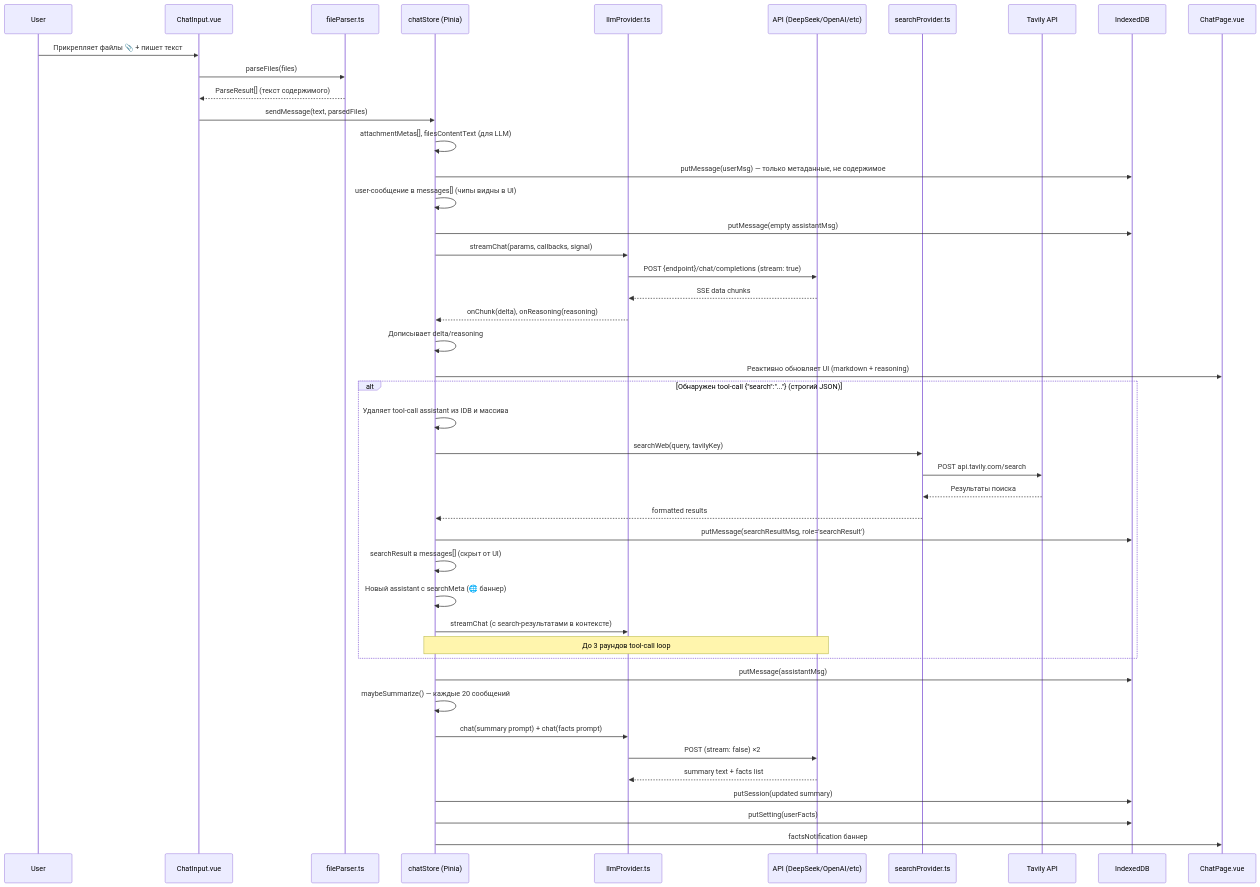
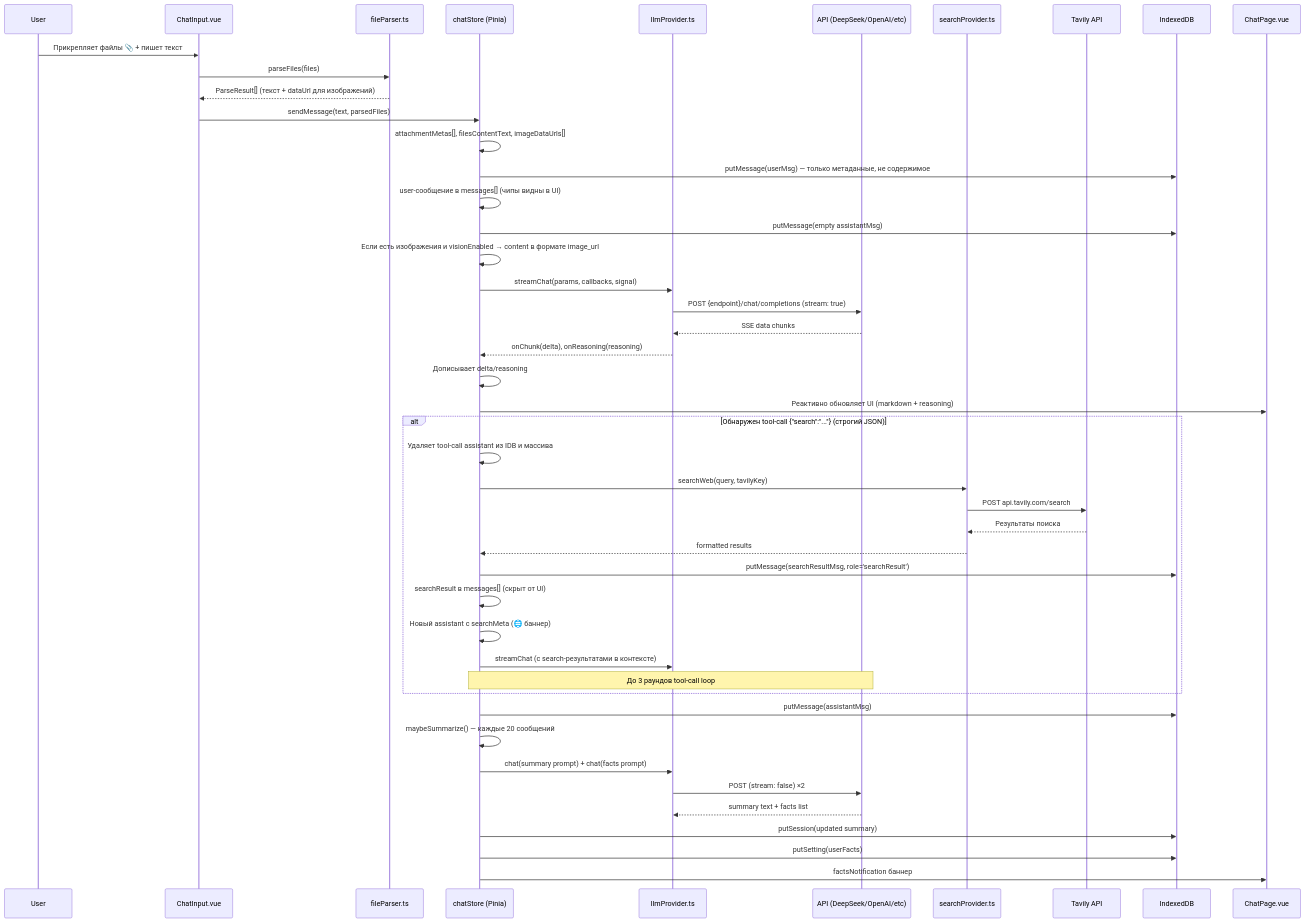
Before and after one commit to bobbjedi/openai-compatible-chat: the diagram in quasar-deepseek-chat.md, drawn with Mermaid. The commit also changed other lines of this file and 1 other file, not shown here.

````diff
--- a/quasar-deepseek-chat.md
+++ b/quasar-deepseek-chat.md
@@ -95,50 +102,51 @@
 ```mermaid
 sequenceDiagram
     participant U as User
     participant CI as ChatInput.vue
     participant FP as fileParser.ts
     participant CS as chatStore (Pinia)
     participant LP as llmProvider.ts
     participant API as API (DeepSeek/OpenAI/etc)
     participant SP as searchProvider.ts
     participant TAV as Tavily API
     participant IDB as IndexedDB
     participant CP as ChatPage.vue
 
     U->>CI: Прикрепляет файлы 📎 + пишет текст
     CI->>FP: parseFiles(files)
-    FP-->>CI: ParseResult[] (текст содержимого)
+    FP-->>CI: ParseResult[] (текст + dataUrl для изображений)
     CI->>CS: sendMessage(text, parsedFiles)
-    CS->>CS: attachmentMetas[], filesContentText (для LLM)
+    CS->>CS: attachmentMetas[], filesContentText, imageDataUrls[]
     CS->>IDB: putMessage(userMsg) — только метаданные, не содержимое
     CS->>CS: user-сообщение в messages[] (чипы видны в UI)
     CS->>IDB: putMessage(empty assistantMsg)
+    CS->>CS: Если есть изображения и visionEnabled → content в формате image_url
     CS->>LP: streamChat(params, callbacks, signal)
     LP->>API: POST {endpoint}/chat/completions (stream: true)
     API-->>LP: SSE data chunks
     LP-->>CS: onChunk(delta), onReasoning(reasoning)
     CS->>CS: Дописывает delta/reasoning
     CS->>CP: Реактивно обновляет UI (markdown + reasoning)
 
     alt Обнаружен tool-call {"search":"..."} (строгий JSON)
         CS->>CS: Удаляет tool-call assistant из IDB и массива
         CS->>SP: searchWeb(query, tavilyKey)
         SP->>TAV: POST api.tavily.com/search
         TAV-->>SP: Результаты поиска
         SP-->>CS: formatted results
         CS->>IDB: putMessage(searchResultMsg, role='searchResult')
         CS->>CS: searchResult в messages[] (скрыт от UI)
         CS->>CS: Новый assistant с searchMeta (🌐 баннер)
         CS->>LP: streamChat (с search-результатами в контексте)
         Note over CS,API: До 3 раундов tool-call loop
     end
 
     CS->>IDB: putMessage(assistantMsg)
     CS->>CS: maybeSummarize() — каждые 20 сообщений
     CS->>LP: chat(summary prompt) + chat(facts prompt)
     LP->>API: POST (stream: false) ×2
     API-->>LP: summary text + facts list
     CS->>IDB: putSession(updated summary)
     CS->>IDB: putSetting(userFacts)
     CS->>CP: factsNotification баннер
 ```
````
